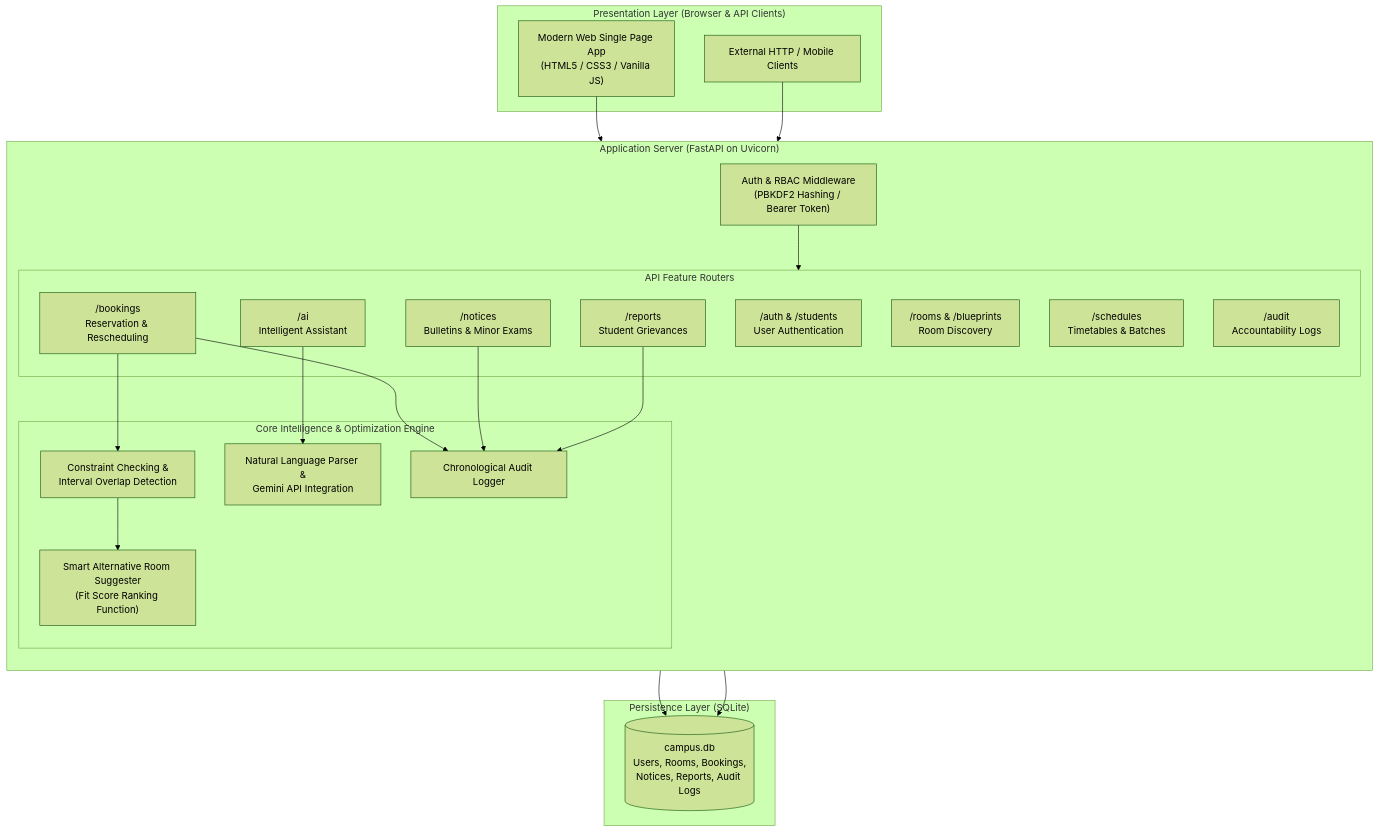
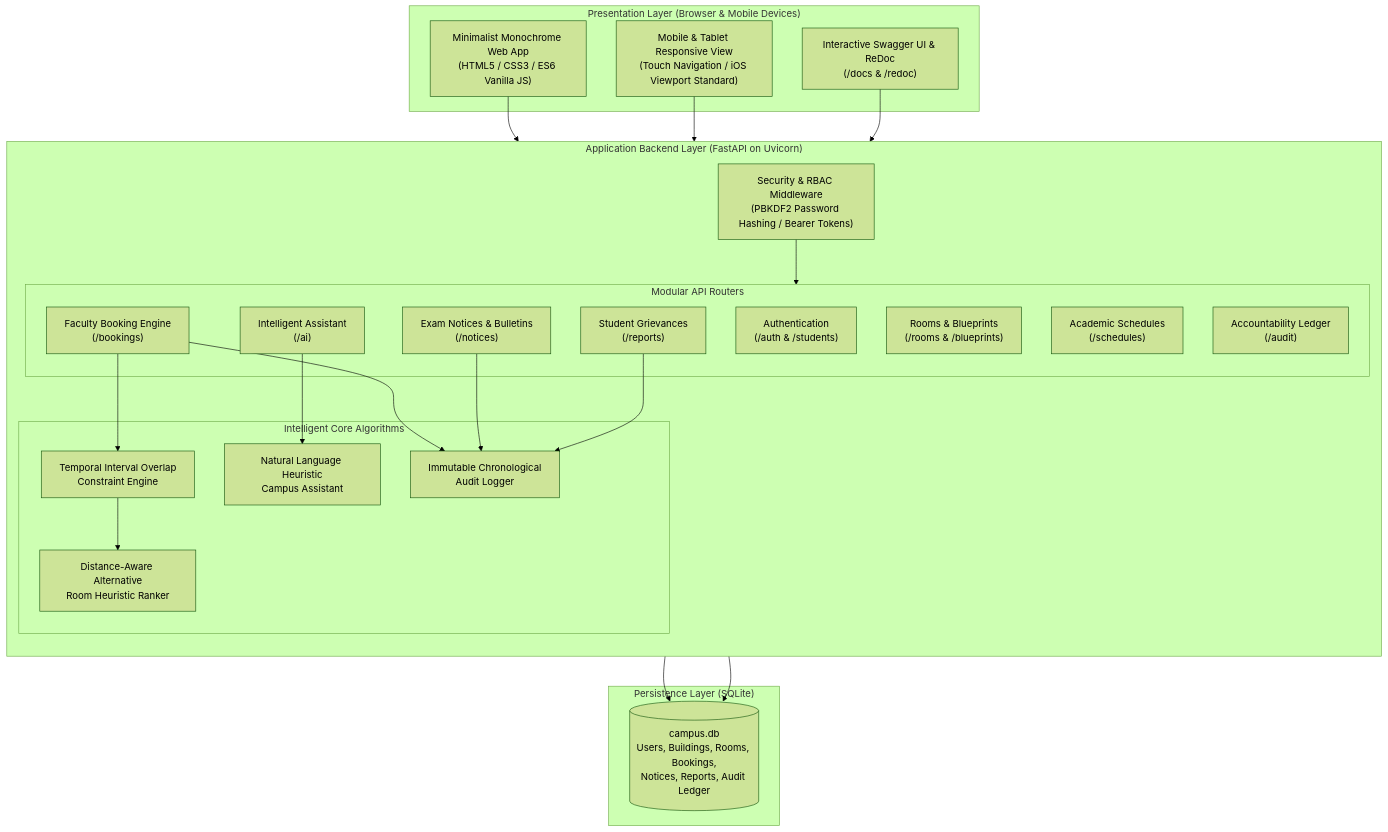
One commit to ayushsrivastav9598-glitch/sccs changed the first of 4 diagrams in DOCS.md. Above: the diagram before and after it, drawn with Mermaid (forest theme). The commit also changed other lines of this file and 2 other files, not shown here.

Commit message:
docs: add comprehensive project documentation report and publication HTML for submission

````diff
--- a/DOCS.md
+++ b/DOCS.md
@@ -88,46 +91,48 @@
 ```mermaid
 flowchart TD
-    subgraph Clients["Presentation Layer (Browser & API Clients)"]
-        UI["Modern Web Single Page App\n(HTML5 / CSS3 / Vanilla JS)"]
-        API_Client["External HTTP / Mobile Clients"]
+    subgraph Presentation["Presentation Layer (Browser & Mobile Devices)"]
+        UI["Minimalist Monochrome Web App\n(HTML5 / CSS3 / ES6 Vanilla JS)"]
+        Mobile["Mobile & Tablet Responsive View\n(Touch Navigation / iOS Viewport Standard)"]
+        Swagger["Interactive Swagger UI & ReDoc\n(/docs & /redoc)"]
     end
 
-    subgraph Backend["Application Server (FastAPI on Uvicorn)"]
+    subgraph AppServer["Application Backend Layer (FastAPI on Uvicorn)"]
         direction TB
-        AuthMid["Auth & RBAC Middleware\n(PBKDF2 Hashing / Bearer Token)"]
+        AuthMid["Security & RBAC Middleware\n(PBKDF2 Password Hashing / Bearer Tokens)"]
         
-        subgraph Routers["API Feature Routers"]
-            R_Auth["/auth & /students\nUser Authentication"]
-            R_Rooms["/rooms & /blueprints\nRoom Discovery"]
-            R_Bookings["/bookings\nReservation & Rescheduling"]
-            R_Sched["/schedules\nTimetables & Batches"]
-            R_Notice["/notices\nBulletins & Minor Exams"]
-            R_Report["/reports\nStudent Grievances"]
-            R_Audit["/audit\nAccountability Logs"]
-            R_AI["/ai\nIntelligent Assistant"]
+        subgraph Routers["Modular API Routers"]
+            R_Auth["Authentication\n(/auth & /students)"]
+            R_Rooms["Rooms & Blueprints\n(/rooms & /blueprints)"]
+            R_Bookings["Faculty Booking Engine\n(/bookings)"]
+            R_Sched["Academic Schedules\n(/schedules)"]
+            R_Notice["Exam Notices & Bulletins\n(/notices)"]
+            R_Report["Student Grievances\n(/reports)"]
+            R_Audit["Accountability Ledger\n(/audit)"]
+            R_AI["Intelligent Assistant\n(/ai)"]
         end
 
-        subgraph CoreEngine["Core Intelligence & Optimization Engine"]
-            ConflictEngine["Constraint Checking &\nInterval Overlap Detection"]
-            AltSuggester["Smart Alternative Room Suggester\n(Fit Score Ranking Function)"]
-            NLPEngine["Natural Language Parser &\nGemini API Integration"]
-            AuditEngine["Chronological Audit Logger"]
+        subgraph CoreEngine["Intelligent Core Algorithms"]
+            ConflictEngine["Temporal Interval Overlap\nConstraint Engine"]
+            AltSuggester["Distance-Aware Alternative\nRoom Heuristic Ranker"]
+            NLPEngine["Natural Language Heuristic\nCampus Assistant"]
+            AuditEngine["Immutable Chronological\nAudit Logger"]
         end
     end
 
-    subgraph DataStore["Persistence Layer (SQLite)"]
-        DB[("campus.db\nUsers, Rooms, Bookings,\nNotices, Reports, Audit Logs")]
+    subgraph Persistence["Persistence Layer (SQLite)"]
+        DB[("campus.db\nUsers, Buildings, Rooms, Bookings,\nNotices, Reports, Audit Ledger")]
     end
 
     UI --> AuthMid
-    API_Client --> AuthMid
+    Mobile --> AuthMid
+    Swagger --> AuthMid
     AuthMid --> Routers
     R_Bookings --> ConflictEngine
     ConflictEngine --> AltSuggester
     R_AI --> NLPEngine
     R_Bookings --> AuditEngine
     R_Notice --> AuditEngine
     R_Report --> AuditEngine
     Routers --> DB
     CoreEngine --> DB
 ```
````
